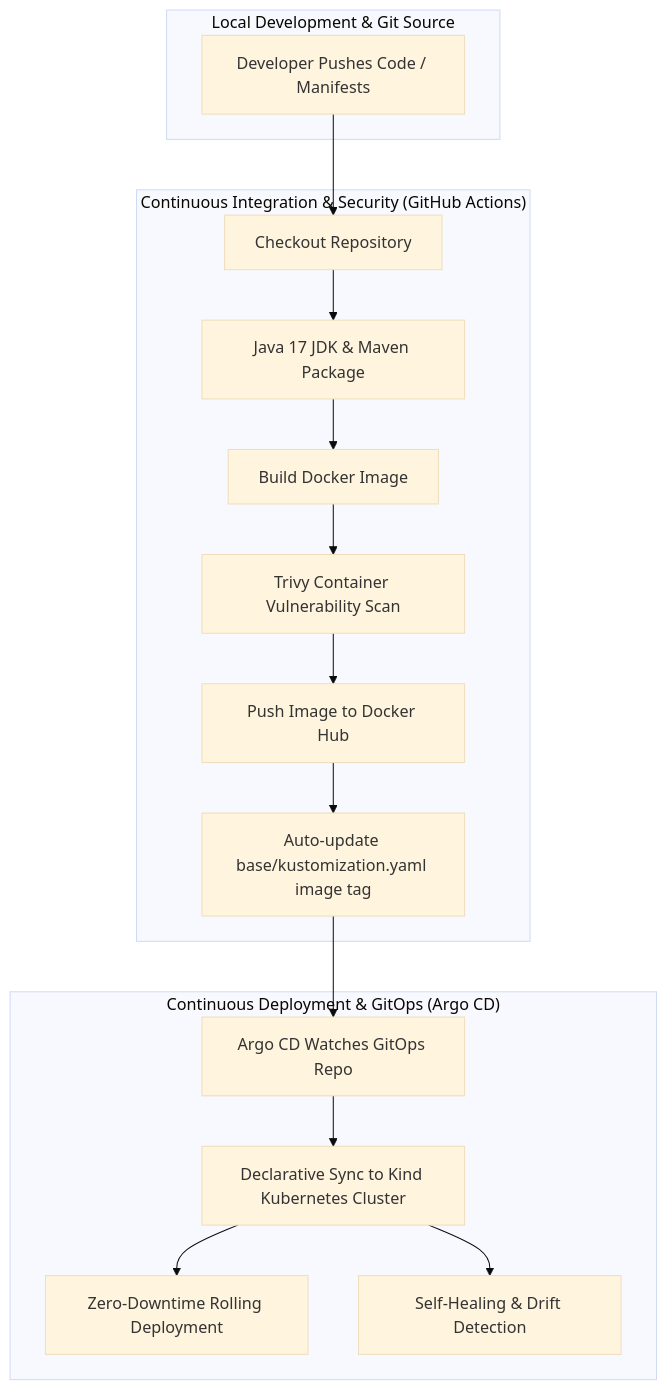
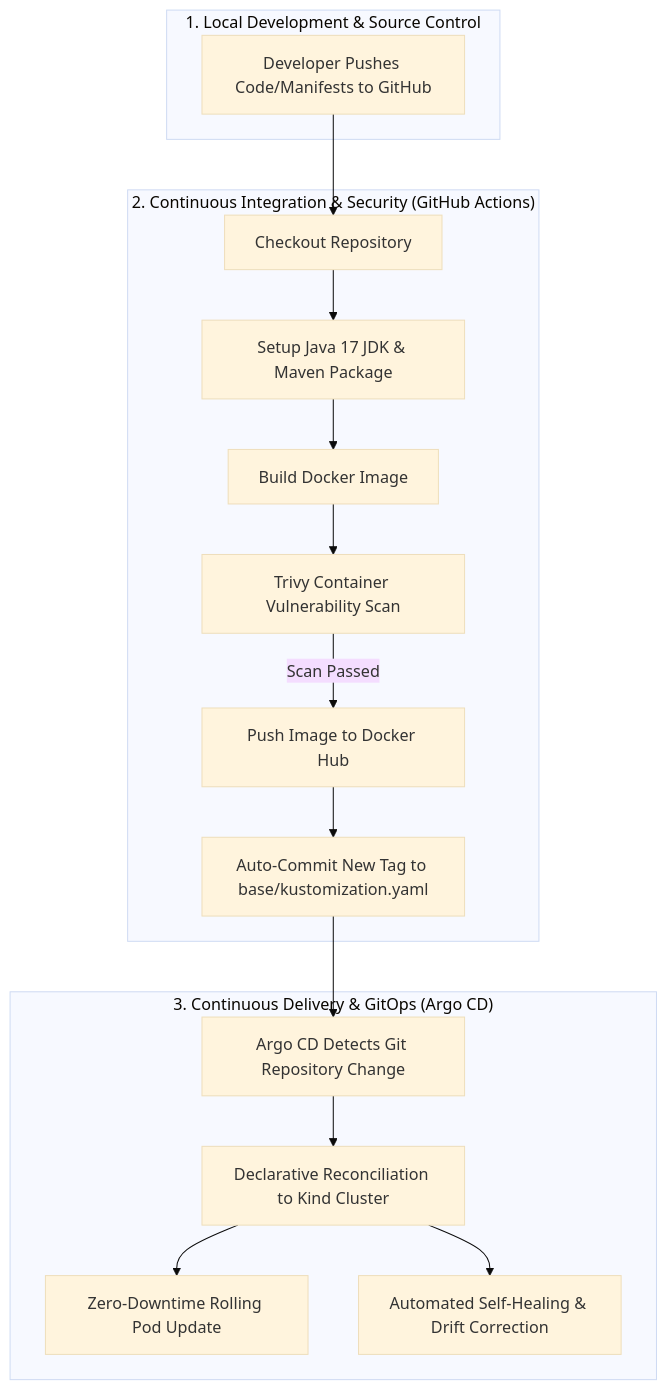
The diagram in README.md (sudarshanvashisht/Expenses-Tracker-GitOps), drawn with Mermaid (base theme) before and after one commit. The commit also changed other lines of this file, not shown here.

Commit message:
docs: refine README for global users with comprehensive deployment steps and troubleshooting

````diff
--- a/README.md
+++ b/README.md
@@ -27,23 +32,22 @@
 ```mermaid
 graph TD
-    subgraph "Local Development & Git Source"
-        A[Developer Pushes Code / Manifests]
+    subgraph "1. Local Development & Source Control"
+        A[Developer Pushes Code/Manifests to GitHub]
     end
 
-    subgraph "Continuous Integration & Security (GitHub Actions)"
-        B[Checkout Repository] --> C[Java 17 JDK & Maven Package]
+    subgraph "2. Continuous Integration & Security (GitHub Actions)"
+        A --> B[Checkout Repository]
+        B --> C[Setup Java 17 JDK & Maven Package]
         C --> D[Build Docker Image]
         D --> E[Trivy Container Vulnerability Scan]
-        E --> F[Push Image to Docker Hub]
-        F --> G[Auto-update base/kustomization.yaml image tag]
+        E -->|Scan Passed| F[Push Image to Docker Hub]
+        F --> G[Auto-Commit New Tag to base/kustomization.yaml]
     end
 
-    subgraph "Continuous Deployment & GitOps (Argo CD)"
-        G --> H[Argo CD Watches GitOps Repo]
-        H --> I[Declarative Sync to Kind Kubernetes Cluster]
-        I --> J[Zero-Downtime Rolling Deployment]
-        I --> K[Self-Healing & Drift Detection]
+    subgraph "3. Continuous Delivery & GitOps (Argo CD)"
+        G --> H[Argo CD Detects Git Repository Change]
+        H --> I[Declarative Reconciliation to Kind Cluster]
+        I --> J[Zero-Downtime Rolling Pod Update]
+        I --> K[Automated Self-Healing & Drift Correction]
     end
-
-    A --> B
 ```
````
